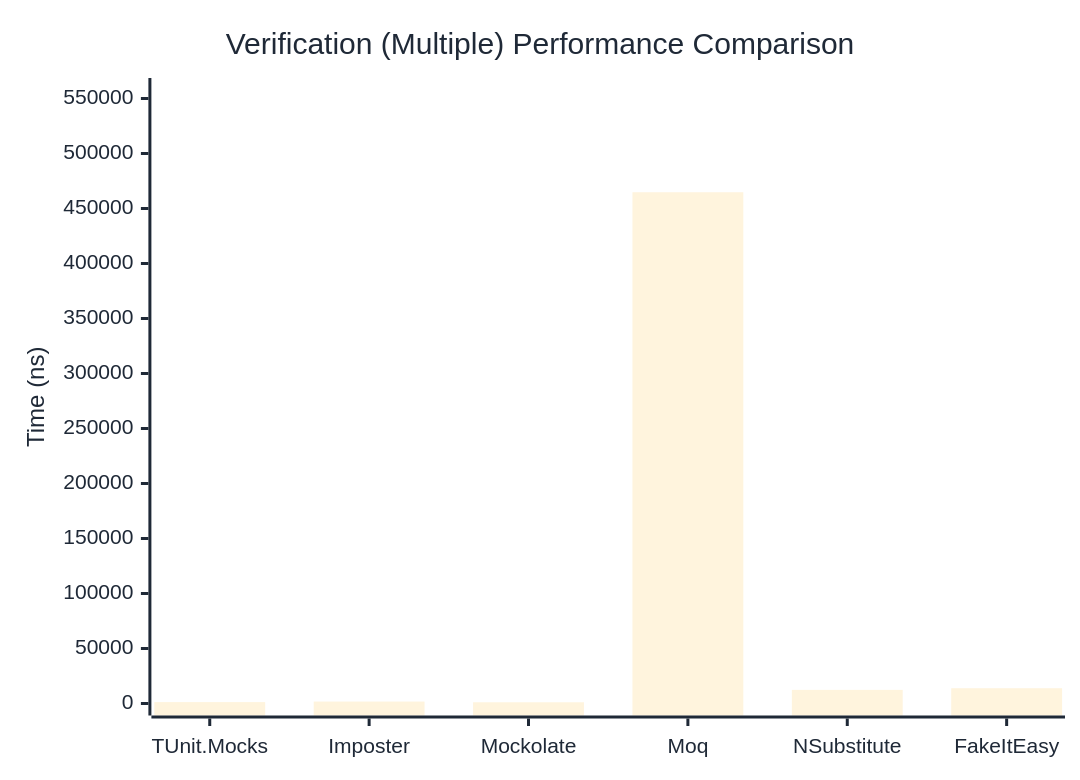
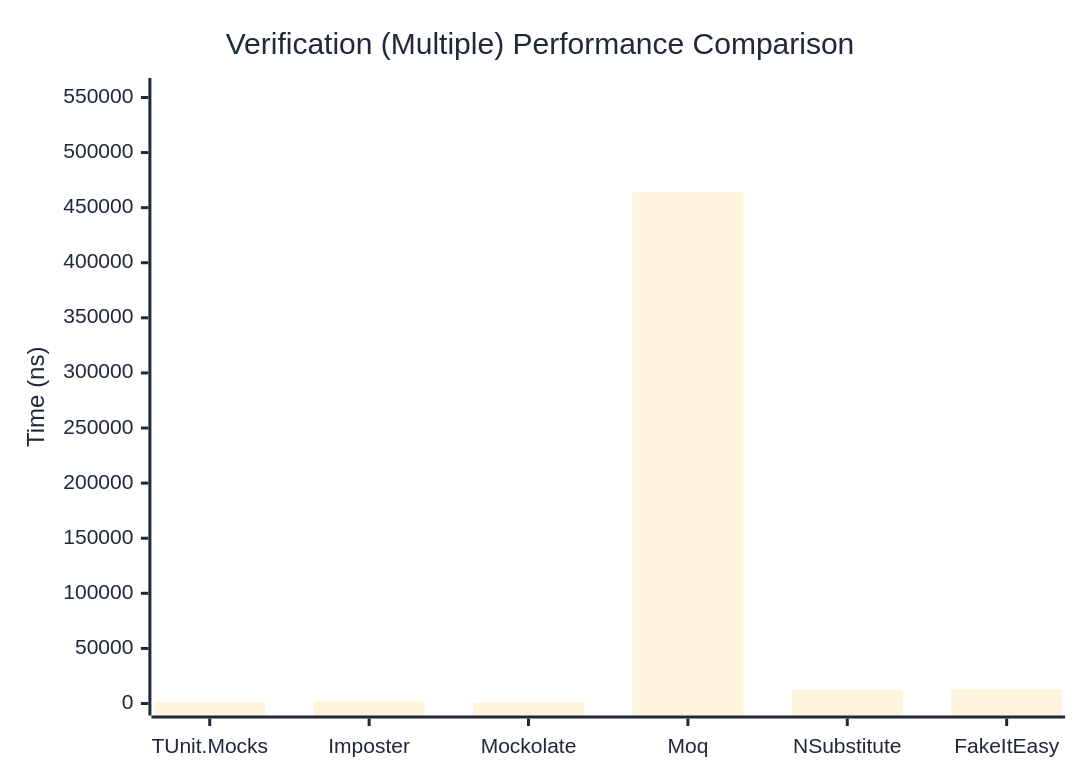
One commit to thomhurst/TUnit changed the third of 3 diagrams in docs/docs/benchmarks/mocks/Verification.md. Above: the diagram before and after it, drawn with Mermaid. The commit also changed other lines of this file and 14 other files, not shown here.

````diff
--- a/docs/docs/benchmarks/mocks/Verification.md
+++ b/docs/docs/benchmarks/mocks/Verification.md
@@ -112,27 +112,27 @@
 ```mermaid
 %%{init: {
   'theme':'base',
   'themeVariables': {
     'primaryColor': '#2563eb',
     'primaryTextColor': '#1f2937',
     'primaryBorderColor': '#1e40af',
     'lineColor': '#6b7280',
     'secondaryColor': '#7c3aed',
     'tertiaryColor': '#dc2626',
     'background': '#ffffff',
     'pie1': '#2563eb',
     'pie2': '#7c3aed',
     'pie3': '#dc2626',
     'pie4': '#f59e0b',
     'pie5': '#10b981',
     'pie6': '#06b6d4',
     'pie7': '#ec4899',
     'pie8': '#6366f1'
   }
 }}%%
 xychart-beta
   title "Verification (Multiple) Performance Comparison"
   x-axis ["TUnit.Mocks", "Imposter", "Mockolate", "Moq", "NSubstitute", "FakeItEasy"]
-  y-axis "Time (ns)" 0 --> 557722
-  bar [1272.48, 1770.07, 1119.32, 464767.97, 12396.51, 13902.93]
+  y-axis "Time (ns)" 0 --> 556779
+  bar [1209.84, 1798.95, 1050.9, 463982.03, 12207.2, 13114.13]
 ```
````
